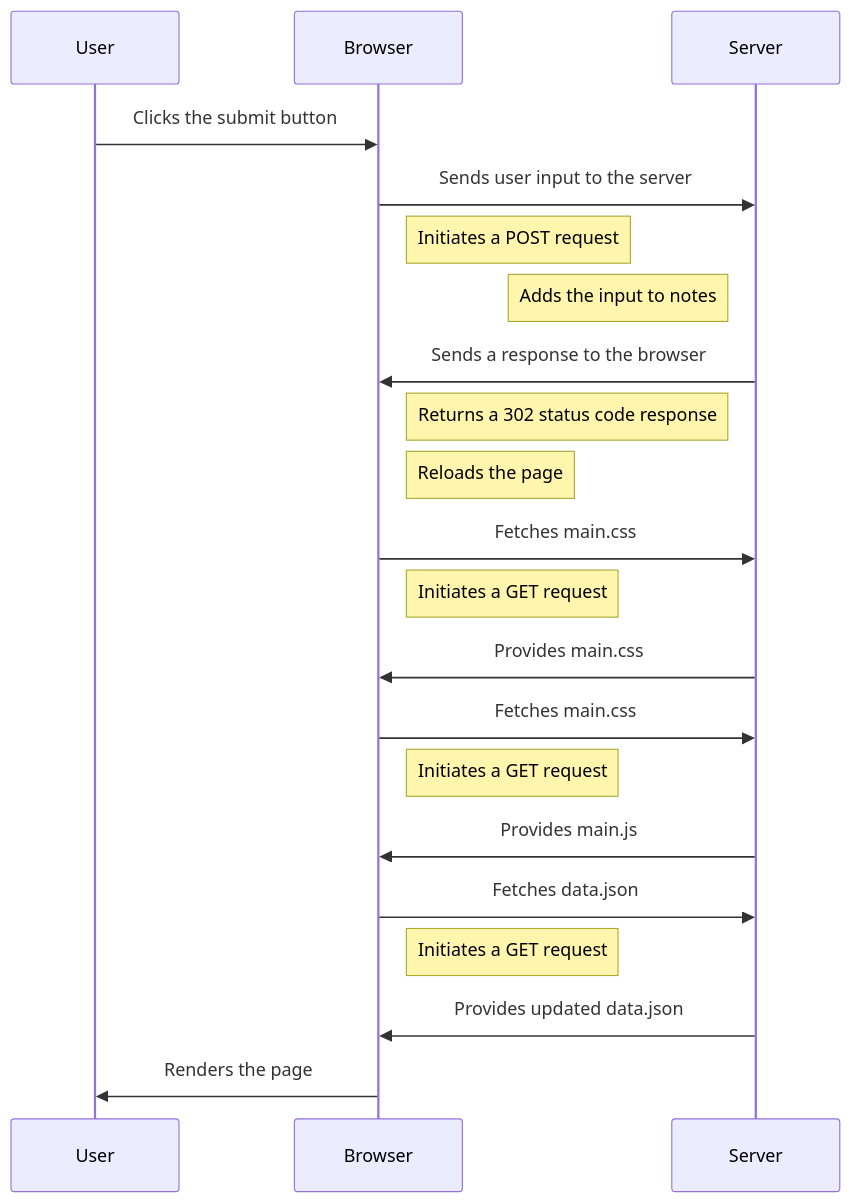
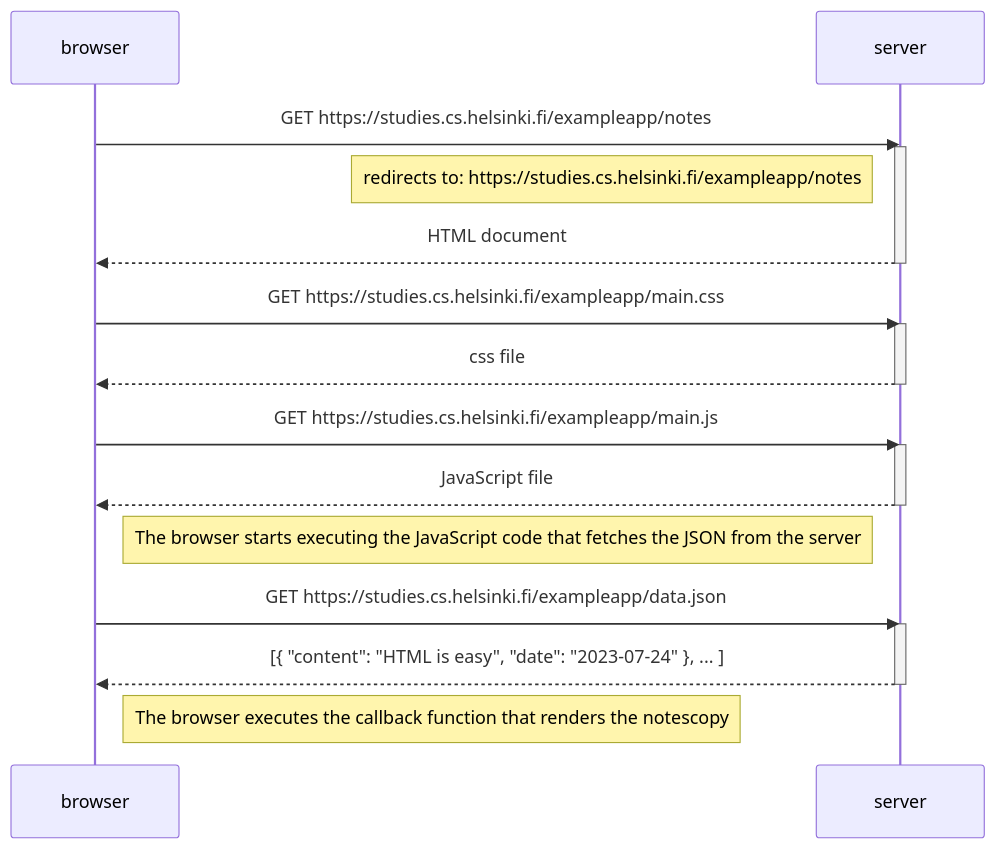
Before and after one commit to Yenya14/fullstackopen: the second of 2 diagrams in part0/Exercise 0.4 New note.md, drawn with Mermaid. The commit also changed other lines of this file and 2 other files, not shown here.

Commit message:
feat: changes made

````diff
--- a/part0/Exercise 0.4 New note.md
+++ b/part0/Exercise 0.4 New note.md
@@ -1,25 +35,30 @@
 ```mermaid
 sequenceDiagram
-    participant U as User
-    participant B as Browser
-    participant S as Server
+    participant browser
+    participant server
 
-    U->>B: Clicks the submit button
-    B->>S: Sends user input to the server
-    Note right of B: Initiates a POST request
-    Note left of S: Adds the input to notes
-    S->>B: Sends a response to the browser
-    Note left of S: Returns a 302 status code response
-    Note right of B: Reloads the page
-    B->>S: Fetches main.css
-    Note right of B: Initiates a GET request
-    S->>B: Provides main.css
-    B->>S: Fetches main.css
-    Note right of B: Initiates a GET request
-    S->>B: Provides main.js
-    B->>S: Fetches data.json
-    Note right of B: Initiates a GET request
-    S->>B: Provides updated data.json
-    B->>U: Renders the page
+    browser->>server: GET https://studies.cs.helsinki.fi/exampleapp/notes
+    activate server 
+    Note left of server : redirects to: https://studies.cs.helsinki.fi/exampleapp/notes
+    server-->>browser: HTML document
+    deactivate server
 
+    browser->>server: GET https://studies.cs.helsinki.fi/exampleapp/main.css
+    activate server
+    server-->>browser: css file
+    deactivate server
+
+    browser->>server: GET https://studies.cs.helsinki.fi/exampleapp/main.js
+    activate server
+    server-->>browser: JavaScript file
+    deactivate server
+
+    Note right of browser: The browser starts executing the JavaScript code that fetches the JSON from the server
+
+    browser->>server: GET https://studies.cs.helsinki.fi/exampleapp/data.json
+    activate server
+    server-->>browser: [{ "content": "HTML is easy", "date": "2023-07-24" }, ... ]
+    deactivate server
+
+    Note right of browser: The browser executes the callback function that renders the notescopy
 ```
````
